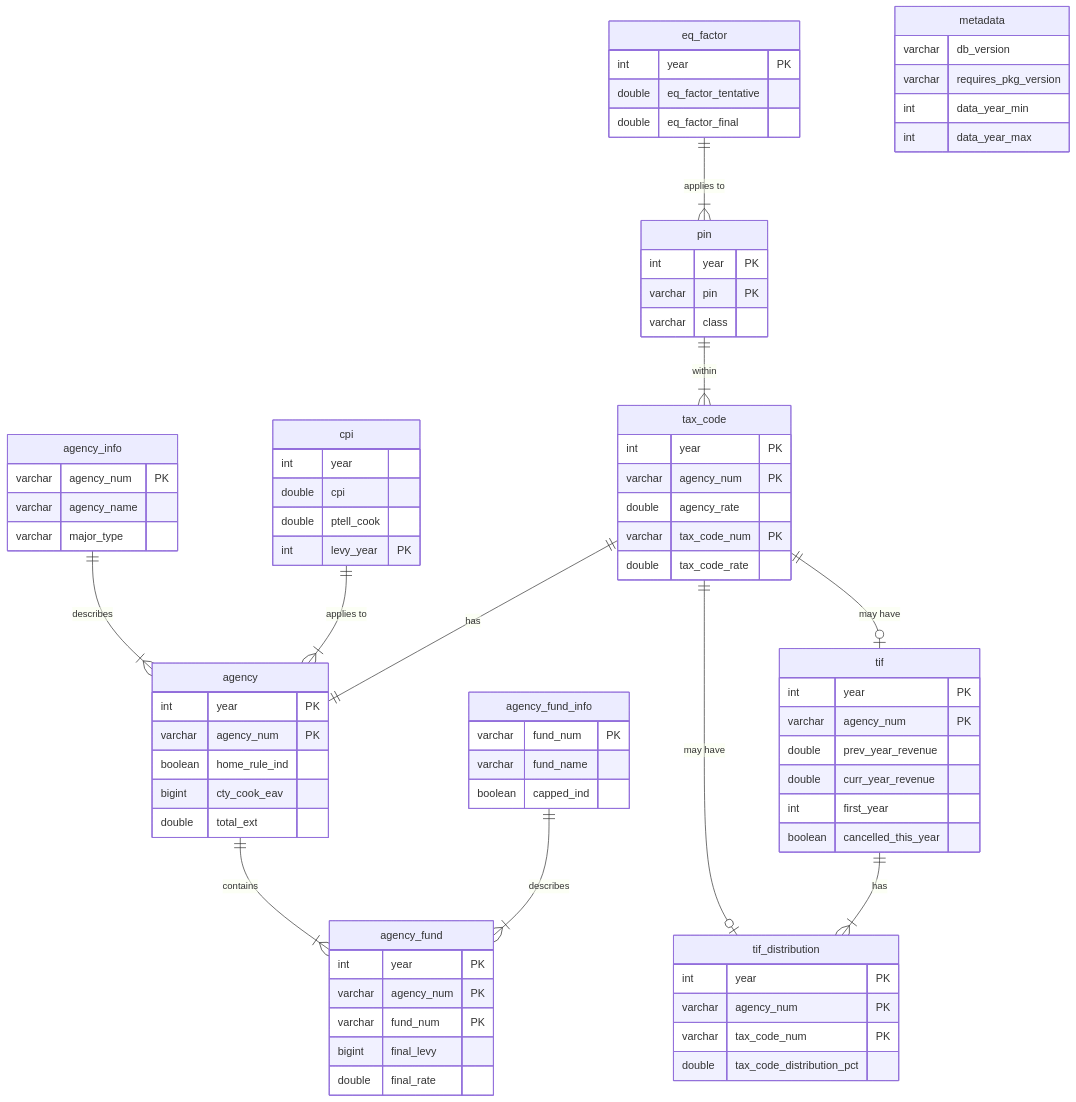
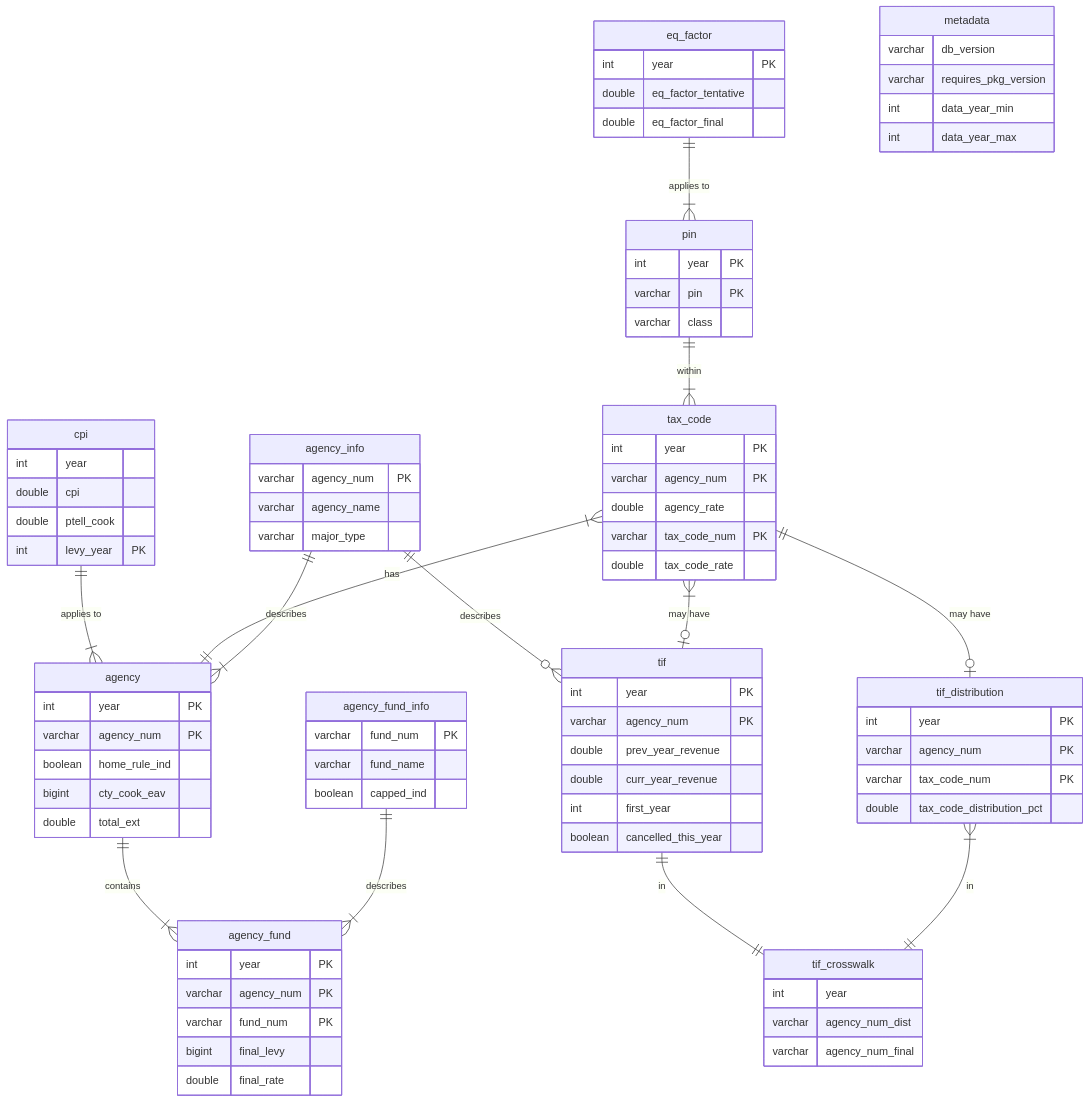
The second of 2 diagrams in README.Rmd (ccao-data/ptaxsim), drawn with Mermaid before and after one commit. The commit also changed other lines of this file and 1 other file, not shown here.

Commit message:
Update DB diagram and README

````diff
--- a/README.Rmd
+++ b/README.Rmd
@@ -462,6 +470,12 @@
     boolean cancelled_this_year
   }
 
+  tif_crosswalk {
+    int     year
+    varchar agency_num_dist
+    varchar agency_num_final
+  }
+
   tif_distribution {
     int     year               PK
     varchar agency_num         PK
@@ -472,11 +486,13 @@
   eq_factor ||--|{ pin : "applies to"
   pin ||--|{ tax_code : "within"
   cpi ||--|{ agency : "applies to"
-  tax_code ||--|| agency : "has"
+  tax_code }|--|| agency : "has"
   tax_code ||--o| tif_distribution : "may have"
   agency ||--|{ agency_fund : "contains"
   agency_info ||--|{ agency : "describes"
   agency_fund_info ||--|{ agency_fund : "describes"
-  tif ||--|{ tif_distribution : "has"
-  tax_code ||--o| tif : "may have"
+  tif ||--|| tif_crosswalk : "in"
+  tif_distribution }|--|| tif_crosswalk : "in"
+  agency_info ||--o{ tif: "describes"
+  tax_code }|--o| tif : "may have"
 ```
````
